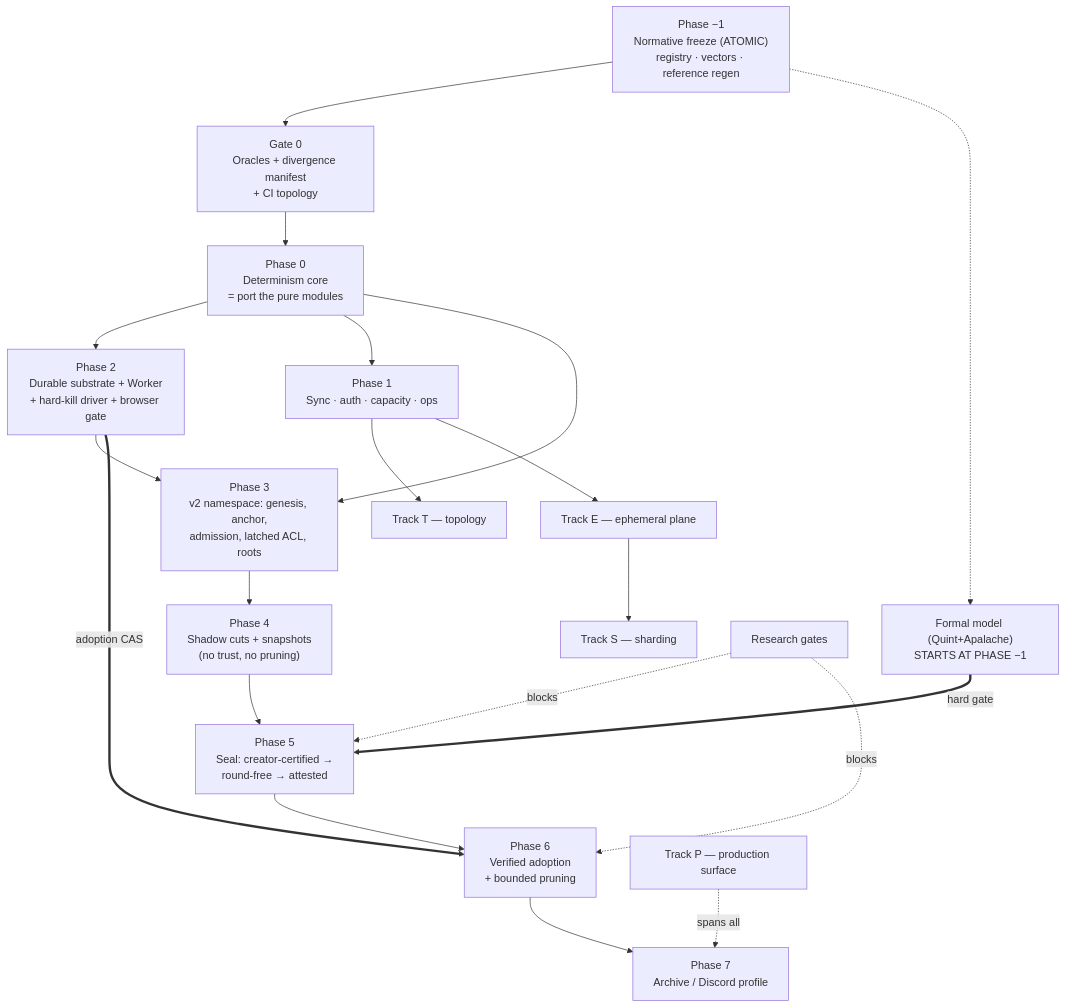
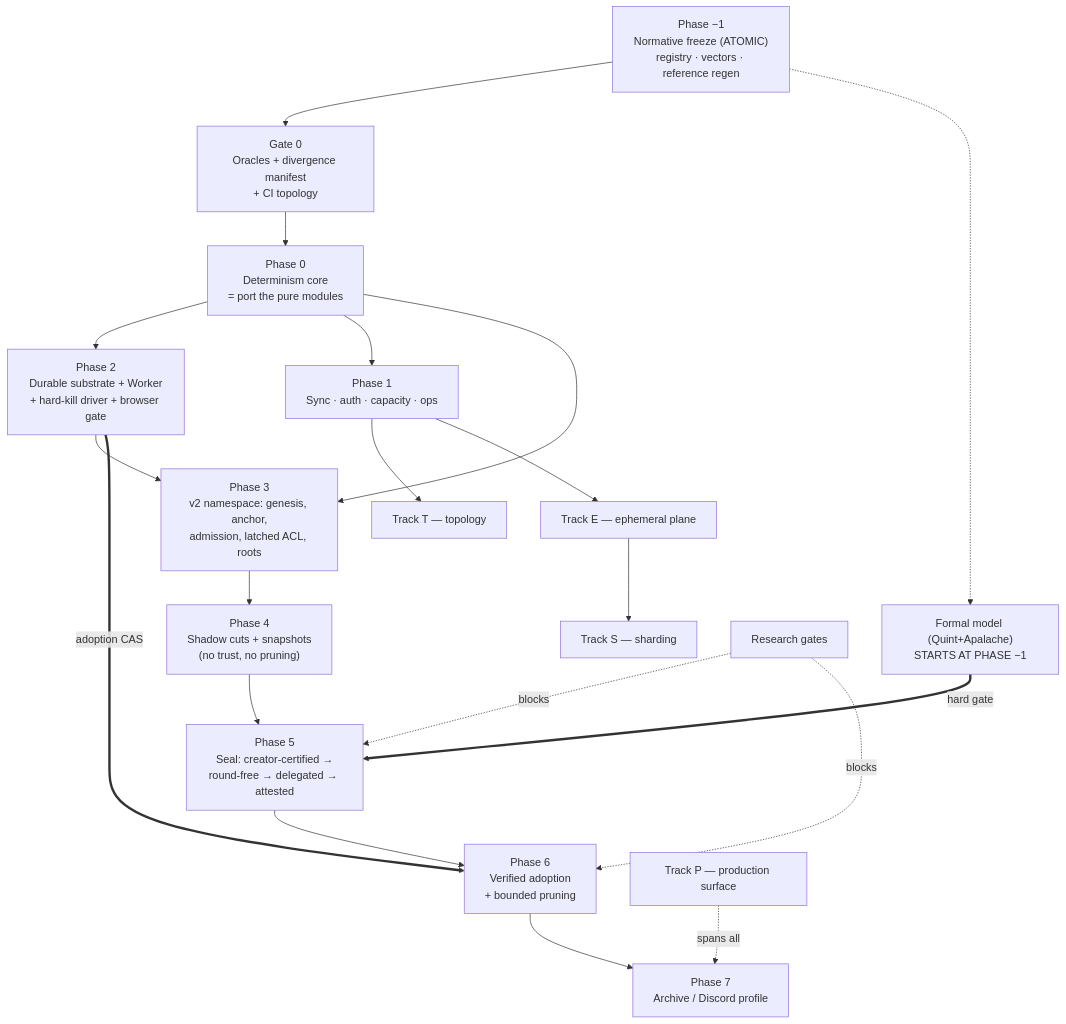
Before and after one commit to Faolain/ts-drp-1: the diagram in docs/production-hardening/production-hardening-tdd-plan-v2.md, drawn with Mermaid. The commit also changed other lines of this file, not shown here.

First line of the commit message:
docs: delegated-trusted profile and quorum-scoped signer key custody

````diff
--- a/docs/production-hardening/production-hardening-tdd-plan-v2.md
+++ b/docs/production-hardening/production-hardening-tdd-plan-v2.md
@@ -450,33 +477,33 @@
 ```mermaid
 flowchart TB
     P-1["Phase −1<br/>Normative freeze (ATOMIC)<br/>registry · vectors · reference regen"]
     G0["Gate 0<br/>Oracles + divergence manifest<br/>+ CI topology"]
     P0["Phase 0<br/>Determinism core<br/>= port the pure modules"]
     P1["Phase 1<br/>Sync · auth · capacity · ops"]
     P2["Phase 2<br/>Durable substrate + Worker<br/>+ hard-kill driver + browser gate"]
     P3["Phase 3<br/>v2 namespace: genesis, anchor,<br/>admission, latched ACL, roots"]
     P4["Phase 4<br/>Shadow cuts + snapshots<br/>(no trust, no pruning)"]
-    P5["Phase 5<br/>Seal: creator-certified →<br/>round-free → attested"]
+    P5["Phase 5<br/>Seal: creator-certified →<br/>round-free → delegated → attested"]
     FM["Formal model (Quint+Apalache)<br/>STARTS AT PHASE −1"]
     P6["Phase 6<br/>Verified adoption<br/>+ bounded pruning"]
     P7["Phase 7<br/>Archive / Discord profile"]
     TE["Track E — ephemeral plane"]
     TS["Track S — sharding"]
     TT["Track T — topology"]
     TP["Track P — production surface"]
     RG["Research gates"]
 
     P-1 --> G0 --> P0 --> P2
     P0 --> P1
     P0 --> P3
     P2 --> P3 --> P4 --> P5
     P-1 -.-> FM
     FM ==hard gate==> P5
     P5 --> P6 --> P7
     P2 ==>|adoption CAS| P6
     RG -.blocks.-> P5
     RG -.blocks.-> P6
     P1 --> TT
     P1 --> TE --> TS
     TP -.spans all.-> P7
 ```
````
